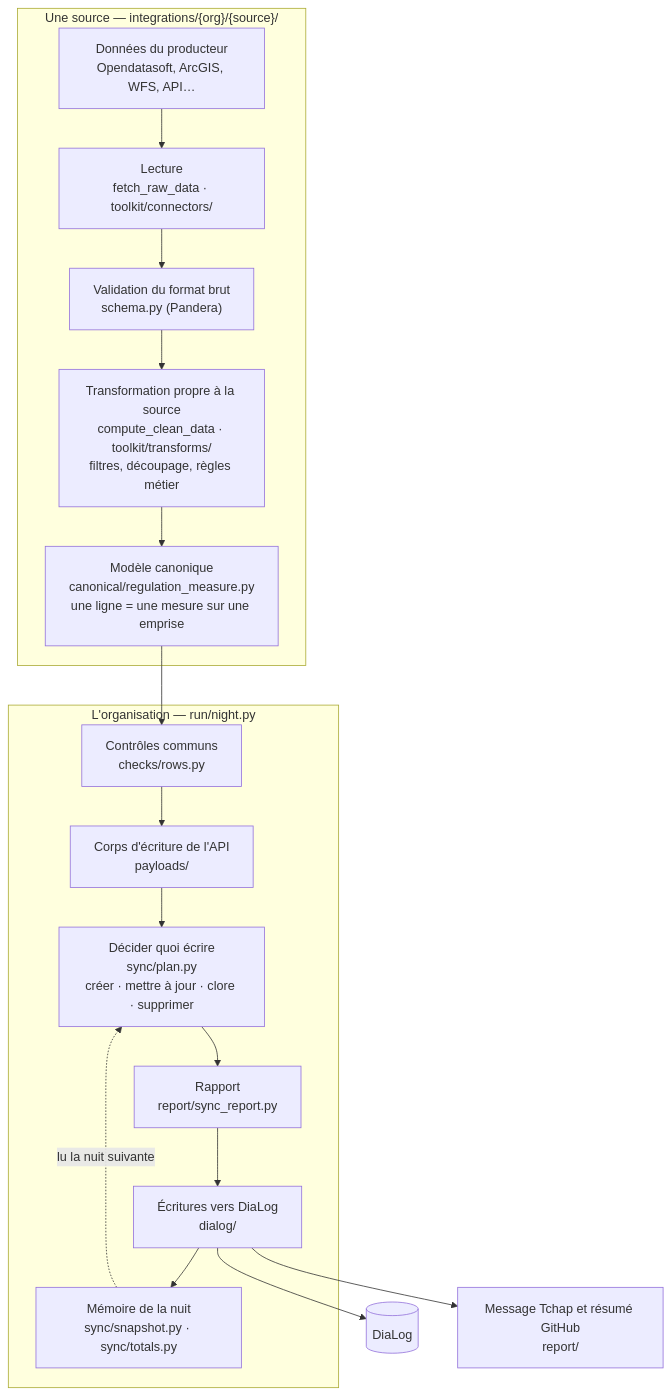
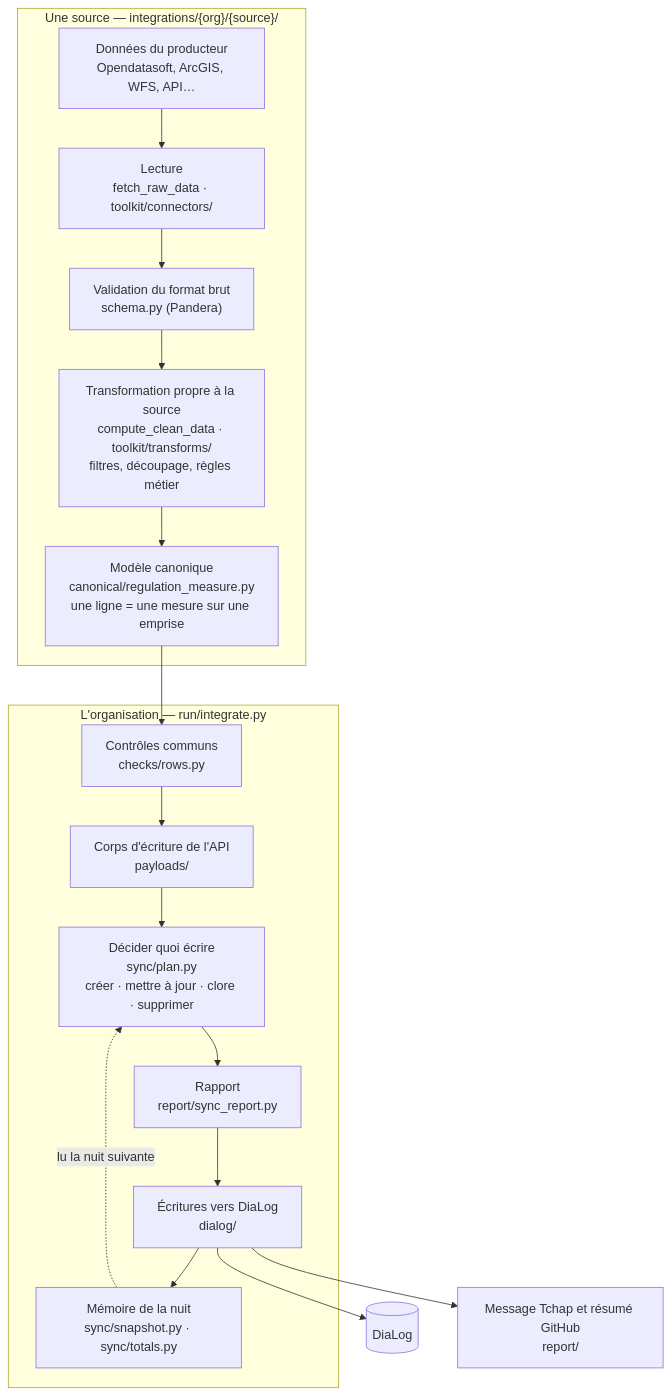
The first of 2 diagrams in docs/architecture.md (MTES-MCT/dialog-integrations), drawn with Mermaid before and after one commit. The commit also changed other lines of this file and 2 other files, not shown here.

Commit message:
refactor(run): name the run's sequence after the command it implements
- run/night.py becomes run/integrate.py: it is what `dialog integrate` does,
  dry runs included, not only the nightly run

````diff
--- a/docs/architecture.md
+++ b/docs/architecture.md
@@ -14,26 +14,26 @@
 ```mermaid
 flowchart TD
     subgraph SRC["Une source — integrations/{org}/{source}/"]
         A["Données du producteur<br/>Opendatasoft, ArcGIS, WFS, API…"]
         B["Lecture<br/>fetch_raw_data · toolkit/connectors/"]
         C["Validation du format brut<br/>schema.py (Pandera)"]
         D["Transformation propre à la source<br/>compute_clean_data · toolkit/transforms/<br/>filtres, découpage, règles métier"]
         E["Modèle canonique<br/>canonical/regulation_measure.py<br/>une ligne = une mesure sur une emprise"]
         A --> B --> C --> D --> E
     end
 
-    subgraph ORG["L'organisation — run/night.py"]
+    subgraph ORG["L'organisation — run/integrate.py"]
         F["Contrôles communs<br/>checks/rows.py"]
         G["Corps d'écriture de l'API<br/>payloads/"]
         H["Décider quoi écrire<br/>sync/plan.py<br/>créer · mettre à jour · clore · supprimer"]
         I["Rapport<br/>report/sync_report.py"]
         J["Écritures vers DiaLog<br/>dialog/"]
         K["Mémoire de la nuit<br/>sync/snapshot.py · sync/totals.py"]
         F --> G --> H --> I --> J --> K
     end
 
     E --> F
     J --> L[("DiaLog")]
     K -.->|"lu la nuit suivante"| H
     J --> M["Message Tchap et résumé GitHub<br/>report/"]
 ```
````
